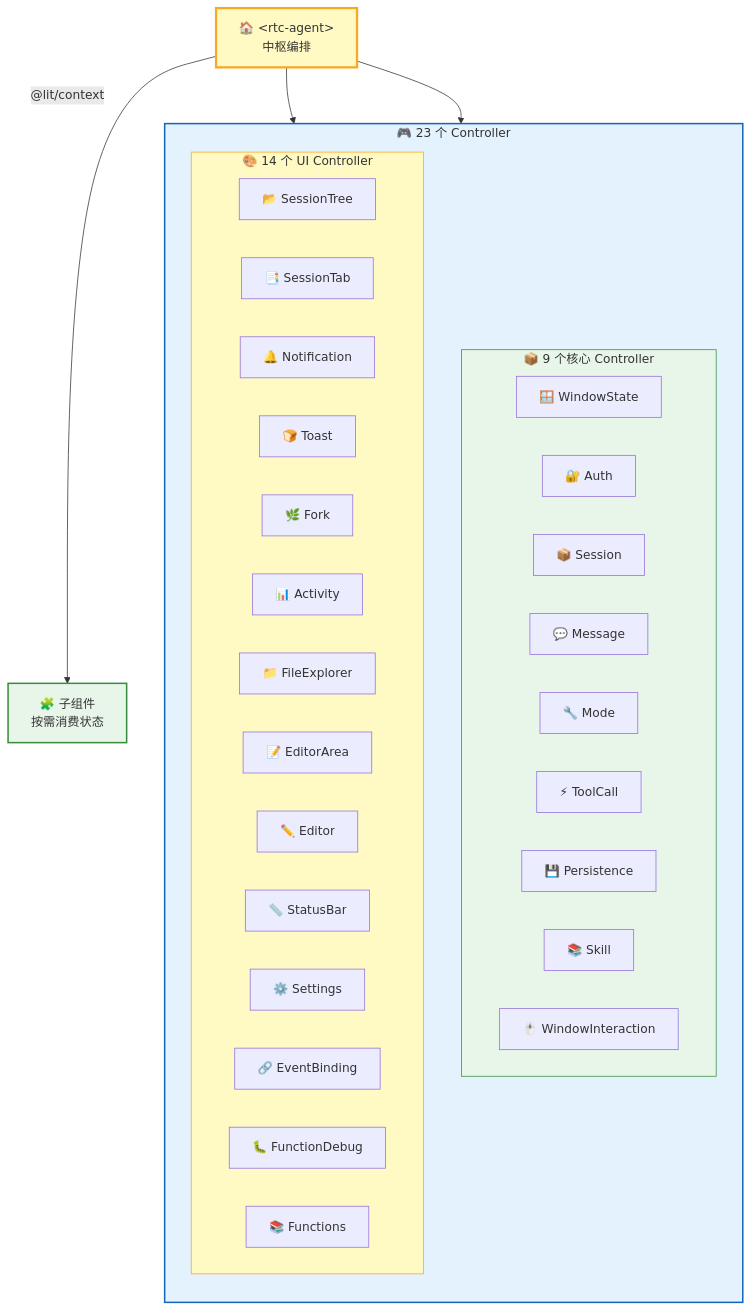
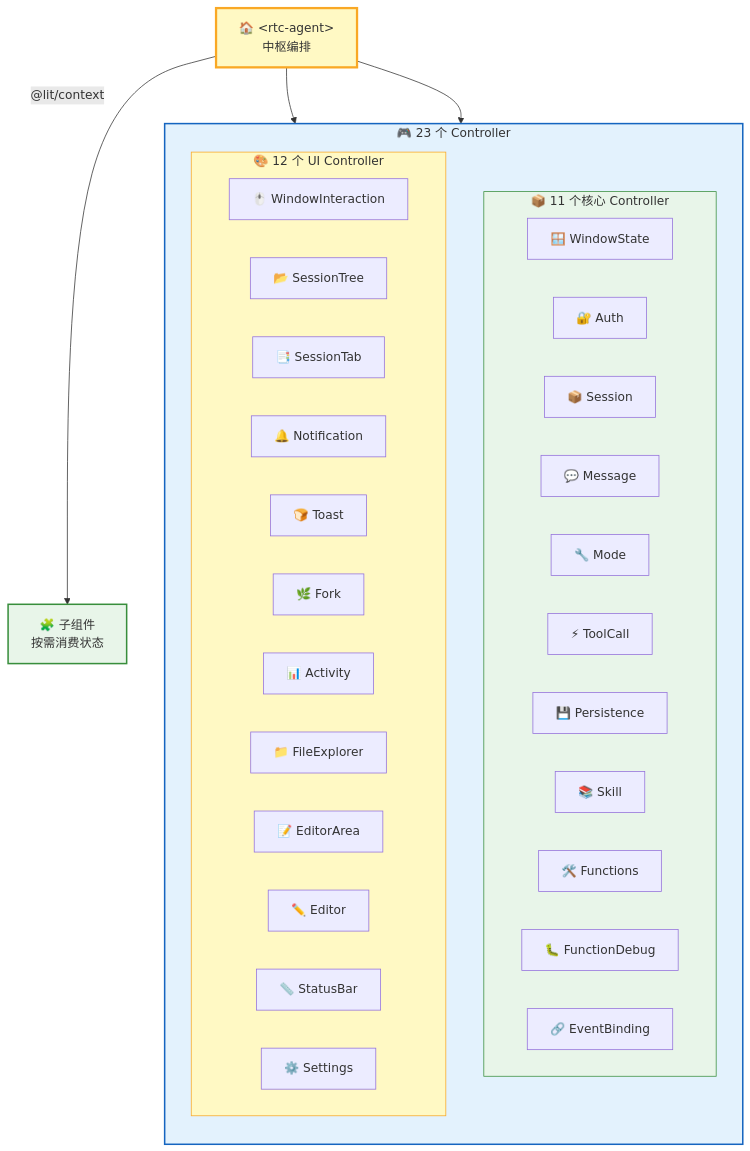
The third of 10 diagrams in src/content/docs/architecture/frontend.md (rtc-agent/docs), drawn with Mermaid before and after one commit. The commit also changed 3 other files, not shown here.

````diff
--- a/src/content/docs/architecture/frontend.md
+++ b/src/content/docs/architecture/frontend.md
@@ -117,44 +117,44 @@
 ```mermaid
 flowchart TD
     subgraph CONTROLLERS["🎮 23 个 Controller"]
         direction TB
-        subgraph CORE["📦 9 个核心 Controller"]
+        subgraph CORE["📦 11 个核心 Controller"]
             C1["🪟 WindowState"]
             C2["🔐 Auth"]
             C3["📦 Session"]
             C4["💬 Message"]
             C5["🔧 Mode"]
             C6["⚡ ToolCall"]
             C7["💾 Persistence"]
             C8["📚 Skill"]
-            C9["🖱️ WindowInteraction"]
+            C9["🛠️ Functions"]
+            C10["🐛 FunctionDebug"]
+            C11["🔗 EventBinding"]
         end
-        subgraph UI["🎨 14 个 UI Controller"]
-            C10["📂 SessionTree"]
-            C11["📑 SessionTab"]
-            C12["🔔 Notification"]
-            C13["🍞 Toast"]
-            C14["🌿 Fork"]
-            C15["📊 Activity"]
-            C16["📁 FileExplorer"]
-            C17["📝 EditorArea"]
-            C18["✏️ Editor"]
-            C19["📏 StatusBar"]
-            C20["⚙️ Settings"]
-            C21["🔗 EventBinding"]
-            C22["🐛 FunctionDebug"]
-            C23["📚 Functions"]
+        subgraph UI["🎨 12 个 UI Controller"]
+            C12["🖱️ WindowInteraction"]
+            C13["📂 SessionTree"]
+            C14["📑 SessionTab"]
+            C15["🔔 Notification"]
+            C16["🍞 Toast"]
+            C17["🌿 Fork"]
+            C18["📊 Activity"]
+            C19["📁 FileExplorer"]
+            C20["📝 EditorArea"]
+            C21["✏️ Editor"]
+            C22["📏 StatusBar"]
+            C23["⚙️ Settings"]
         end
     end
 
     ROOT["🏠 &lt;rtc-agent&gt;<br/>中枢编排"] --> CORE
     ROOT --> UI
 
     ROOT -->|"@lit/context"| CHILDREN["🧩 子组件<br/>按需消费状态"]
 
     style ROOT fill:#fff9c4,stroke:#f9a825,stroke-width:3px
     style CONTROLLERS fill:#e3f2fd,stroke:#1565c0,stroke-width:2px
     style CORE fill:#e8f5e9,stroke:#388e3c,stroke-width:1px
     style UI fill:#fff9c4,stroke:#f9a825,stroke-width:1px
     style CHILDREN fill:#e8f5e9,stroke:#388e3c,stroke-width:2px
 ```
````
